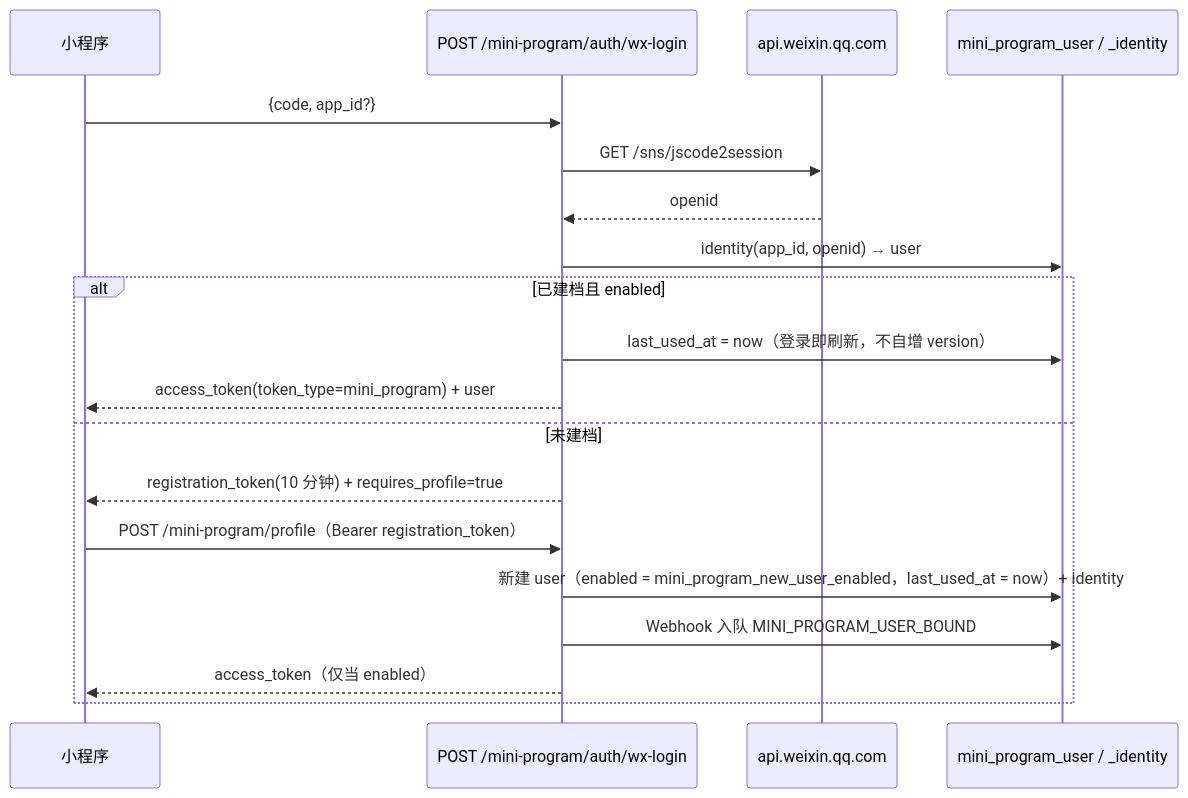
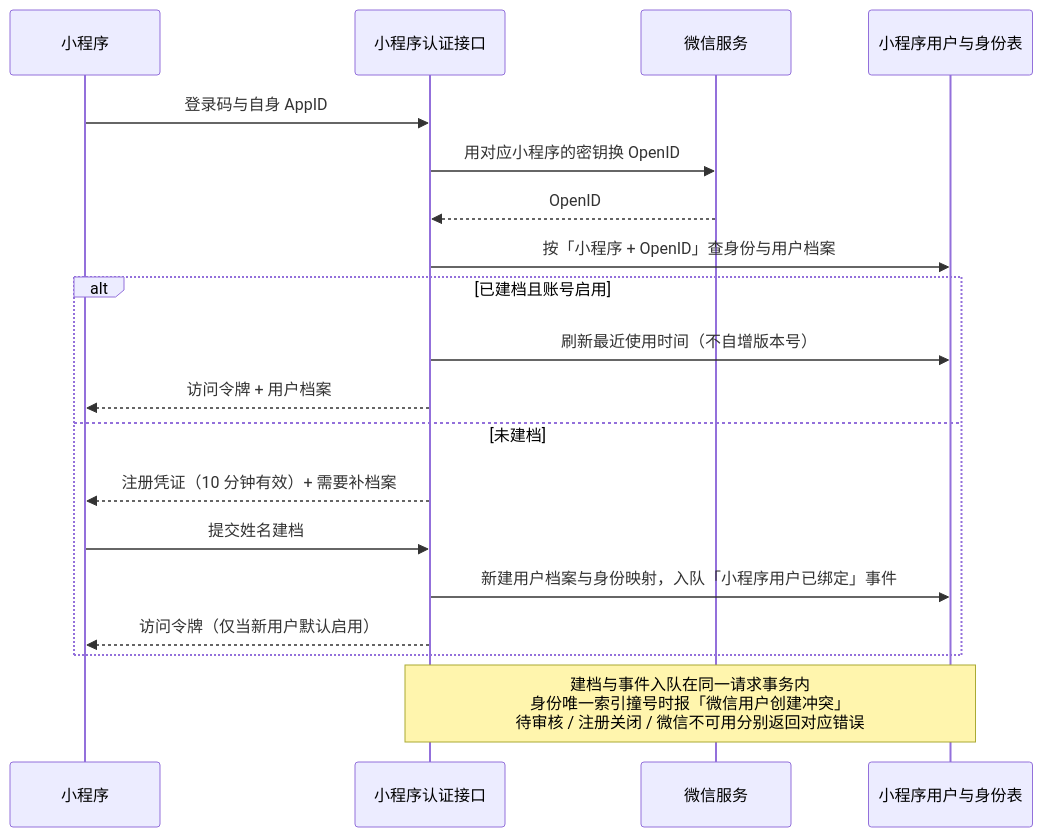
One commit to Sakana-1314/Electrical-Manager changed the seventh of 27 diagrams in docs/websites/pages/dev-flows.md. Above: the diagram before and after it, drawn with Mermaid. The commit also changed other lines of this file and 24 other files, not shown here.

Commit message:
docs: 重构文档站（部署指南 / 接口 / 系统设计 + 图表化） (#301)

````diff
--- a/docs/websites/pages/dev-flows.md
+++ b/docs/websites/pages/dev-flows.md
@@ -82,21 +89,21 @@
 ```mermaid
 sequenceDiagram
     participant MP as 小程序
-    participant API as POST /mini-program/auth/wx-login
-    participant WX as api.weixin.qq.com
-    participant DB as mini_program_user / _identity
-    MP->>API: {code, app_id?}
-    API->>WX: GET /sns/jscode2session
-    WX-->>API: openid
-    API->>DB: identity(app_id, openid) → user
-    alt 已建档且 enabled
-        API->>DB: last_used_at = now（登录即刷新，不自增 version）
-        API-->>MP: access_token(token_type=mini_program) + user
+    participant API as 小程序认证接口
+    participant WX as 微信服务
+    participant DB as 小程序用户与身份表
+    MP->>API: 登录码与自身 AppID
+    API->>WX: 用对应小程序的密钥换 OpenID
+    WX-->>API: OpenID
+    API->>DB: 按「小程序 + OpenID」查身份与用户档案
+    alt 已建档且账号启用
+        API->>DB: 刷新最近使用时间（不自增版本号）
+        API-->>MP: 访问令牌 + 用户档案
     else 未建档
-        API-->>MP: registration_token(10 分钟) + requires_profile=true
-        MP->>API: POST /mini-program/profile（Bearer registration_token）
-        API->>DB: 新建 user（enabled = mini_program_new_user_enabled，last_used_at = now）+ identity
-        API->>DB: Webhook 入队 MINI_PROGRAM_USER_BOUND
-        API-->>MP: access_token（仅当 enabled）
+        API-->>MP: 注册凭证（10 分钟有效）+ 需要补档案
+        MP->>API: 提交姓名建档
+        API->>DB: 新建用户档案与身份映射，入队「小程序用户已绑定」事件
+        API-->>MP: 访问令牌（仅当新用户默认启用）
     end
+    note over API,DB: 建档与事件入队在同一请求事务内<br/>身份唯一索引撞号时报「微信用户创建冲突」<br/>待审核 / 注册关闭 / 微信不可用分别返回对应错误
 ```
````
